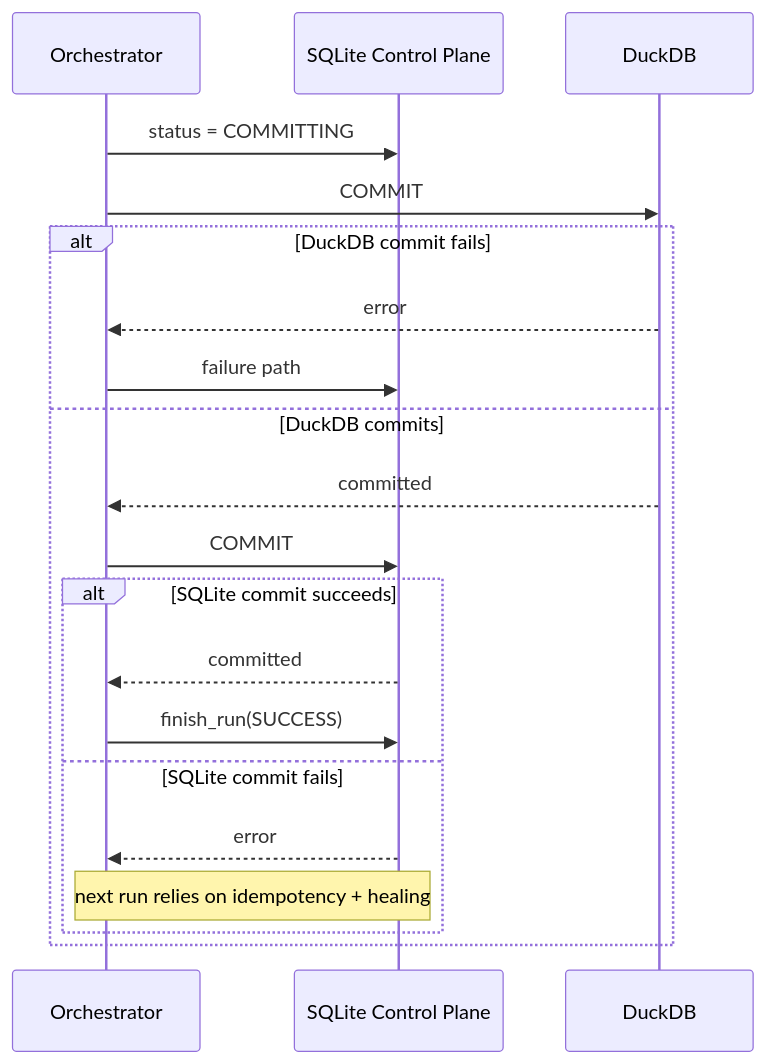
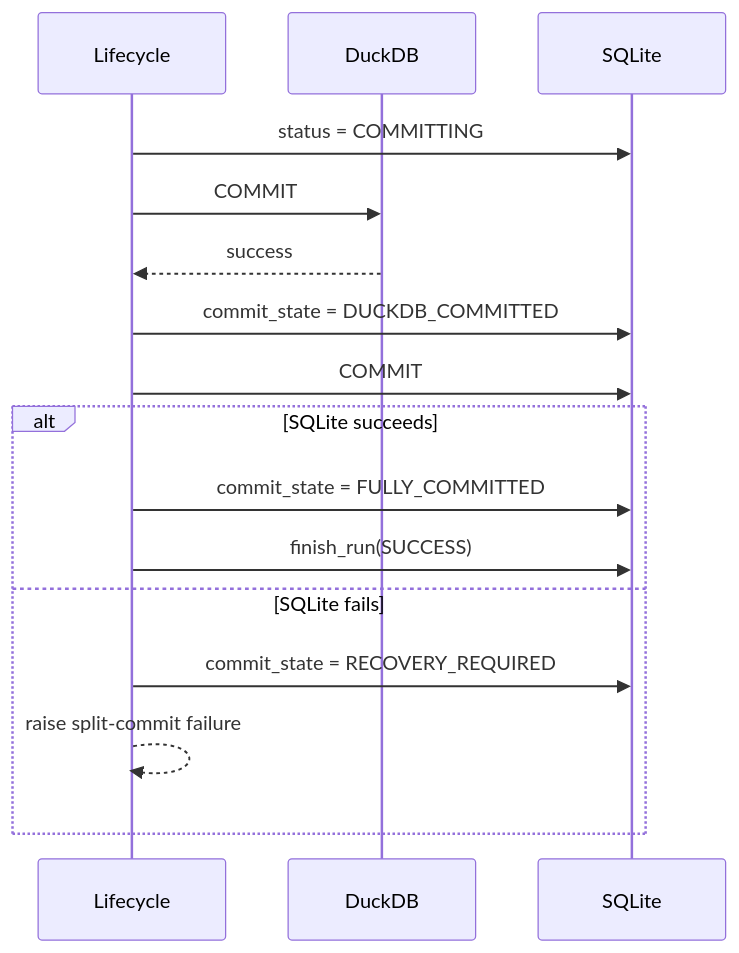
One commit to tks18/personal-finance-etl changed diagram 11 of 11 in docs/architecture/data-lifecycle.md. Above: the diagram before and after it, drawn with Mermaid. The commit also changed other lines of this file and 10 other files, not shown here.

Commit message:
docs: update docs/architecture for latest version

````diff
--- a/docs/architecture/data-lifecycle.md
+++ b/docs/architecture/data-lifecycle.md
@@ -463,23 +564,19 @@
 ```mermaid
 sequenceDiagram
-    participant O as Orchestrator
-    participant CP as SQLite Control Plane
+    participant L as Lifecycle
     participant D as DuckDB
+    participant C as SQLite
 
-    O->>CP: status = COMMITTING
-    O->>D: COMMIT
-    alt DuckDB commit fails
-        D-->>O: error
-        O->>CP: failure path
-    else DuckDB commits
-        D-->>O: committed
-        O->>CP: COMMIT
-        alt SQLite commit succeeds
-            CP-->>O: committed
-            O->>CP: finish_run(SUCCESS)
-        else SQLite commit fails
-            CP-->>O: error
-            Note over O,CP: next run relies on idempotency + healing
-        end
+    L->>C: status = COMMITTING
+    L->>D: COMMIT
+    D-->>L: success
+    L->>C: commit_state = DUCKDB_COMMITTED
+    L->>C: COMMIT
+    alt SQLite succeeds
+        L->>C: commit_state = FULLY_COMMITTED
+        L->>C: finish_run(SUCCESS)
+    else SQLite fails
+        L->>C: commit_state = RECOVERY_REQUIRED
+        L-->>L: raise split-commit failure
     end
 ```
````
